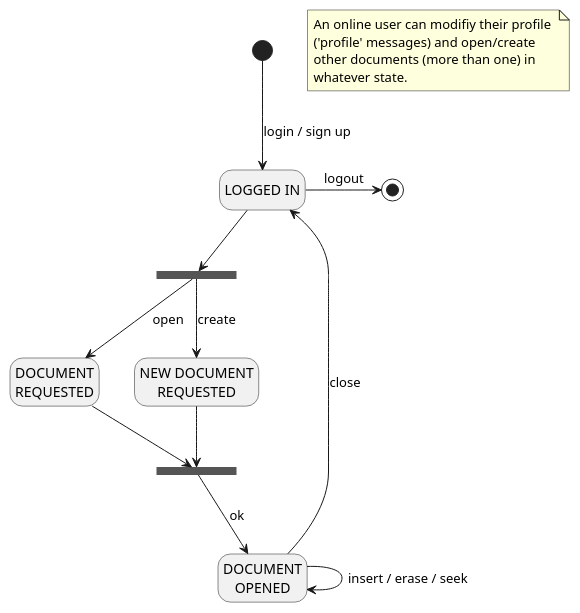
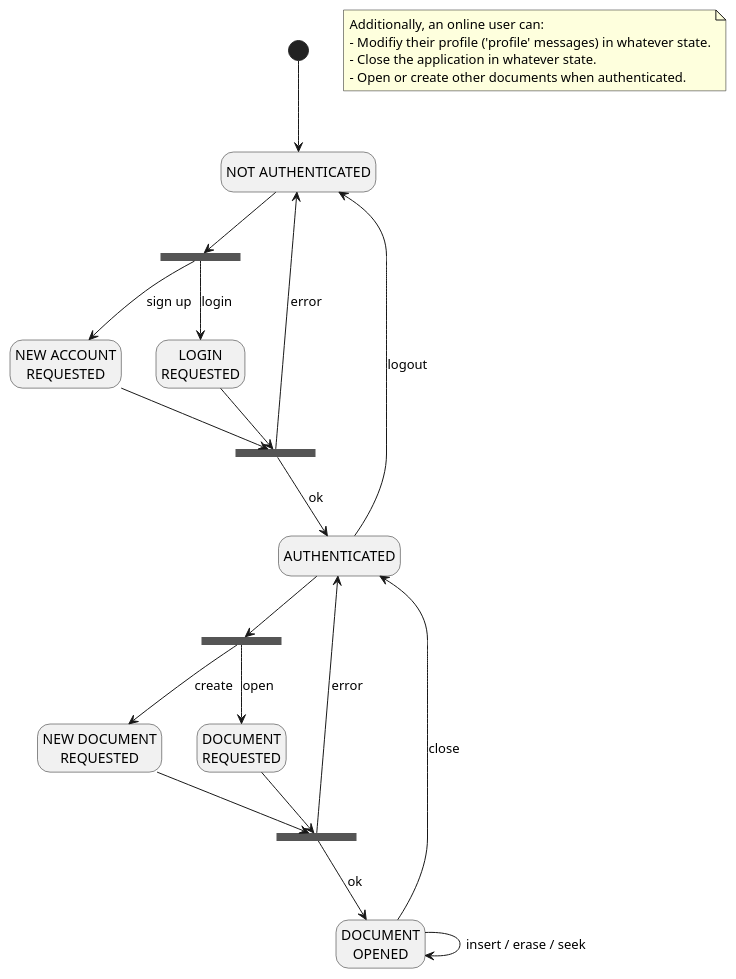
The diagram in docs/plantuml/protocol.pu (franco-ruggeri/write-together), drawn with PlantUML before and after one commit.

Commit message:
refine authentication part of the protocol

```diff
--- a/docs/plantuml/protocol.pu
+++ b/docs/plantuml/protocol.pu
@@ -1,30 +1,45 @@
 @startuml
 hide empty description
 
-state "LOGGED IN" as li
+state "NOT AUTHENTICATED" as na
+state "LOGIN\nREQUESTED" as lr
+state "NEW ACCOUNT\nREQUESTED" as nar
+state "AUTHENTICATED" as a
 state "DOCUMENT\nREQUESTED" as dr
 state "NEW DOCUMENT\nREQUESTED" as ndr
 state "DOCUMENT\nOPENED" as do
-state fork <<fork>>
-state join <<join>>
+state fork_authentication <<fork>>
+state join_authentication <<join>>
+state fork_document <<fork>>
+state join_document <<join>>
 
-[*] --> li : login / sign up
-li -> [*] : logout
+[*] --> na
 
-li --> fork
-fork --> dr : open
-fork --> ndr : create
-dr --> join
-ndr --> join
-join --> do : ok
-do --> li : close
+na --> fork_authentication
+fork_authentication --> lr : login
+fork_authentication --> nar : sign up
+lr --> join_authentication
+nar --> join_authentication
+join_authentication --> a : ok
+join_authentication --> na : error
+
+a --> na : logout
+
+a --> fork_document
+fork_document --> dr : open
+fork_document --> ndr : create
+dr --> join_document
+ndr --> join_document
+join_document --> do : ok
+join_document --> a : error
+do --> a : close
 
 do --> do : insert / erase / seek
 
 note as n
-   An online user can modifiy their profile 
-   ('profile' messages) and open/create
-   other documents (more than one) in 
-   whatever state.
+   Additionally, an online user can:
+   - Modifiy their profile ('profile' messages) in whatever state.
+   - Close the application in whatever state.
+   - Open or create other documents when authenticated.
 end note
 @enduml
```
